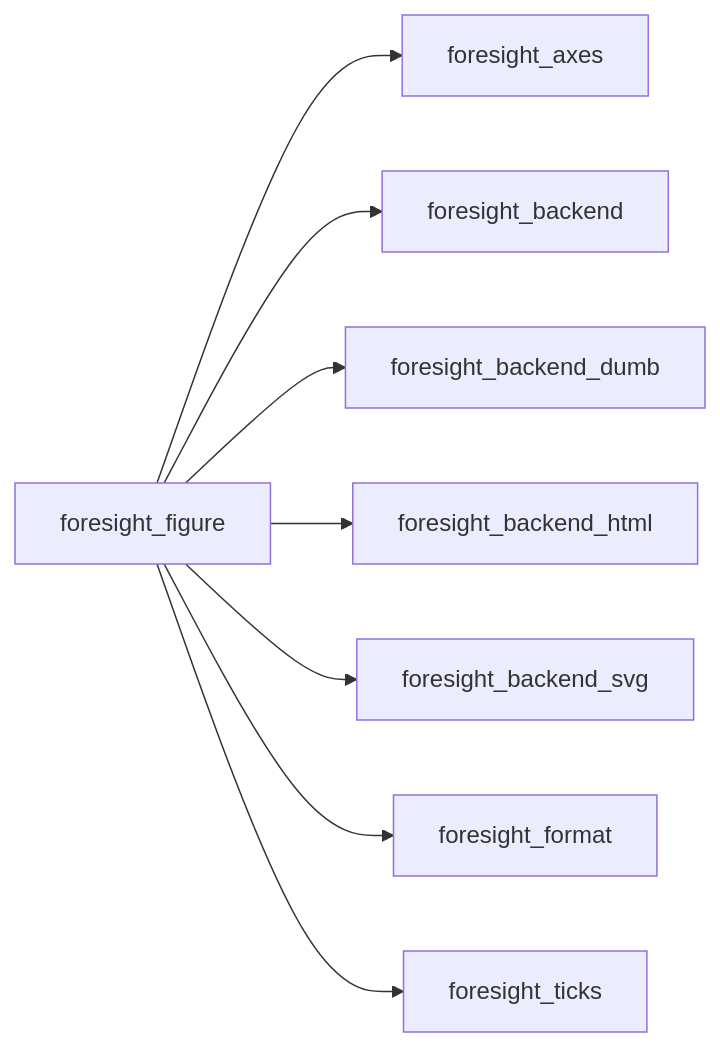
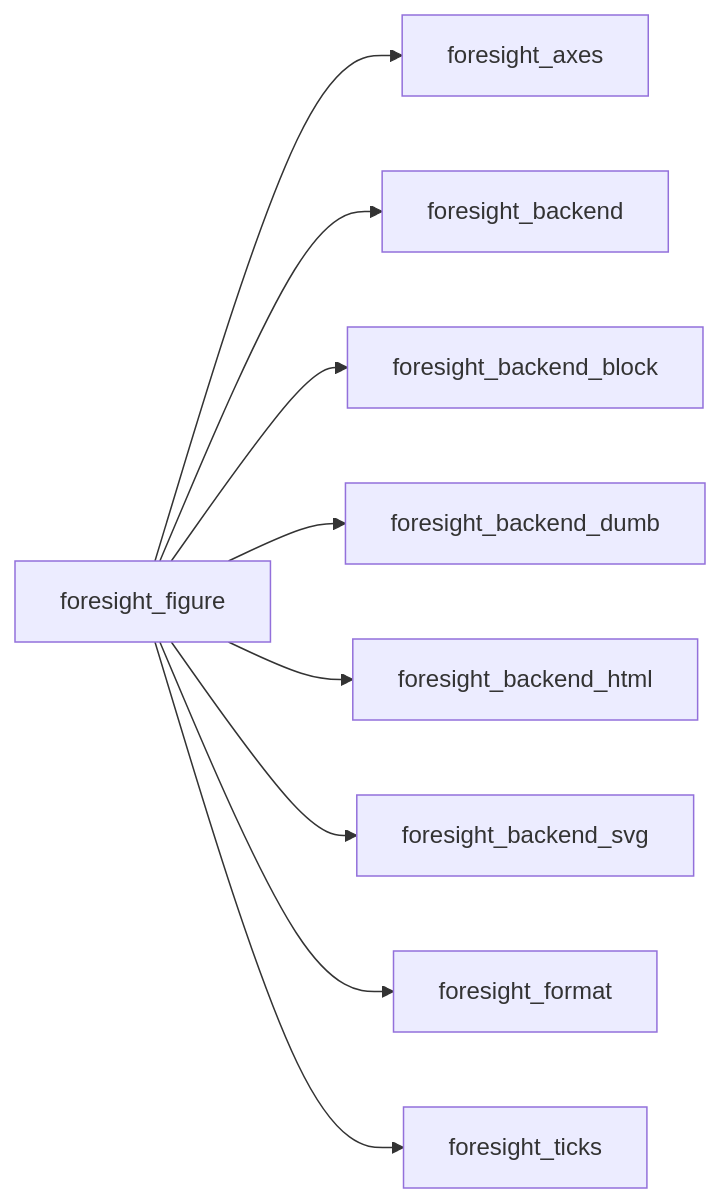
The first of 35 diagrams in docs/api/src/lib/foresight_figure.md (szaghi/foresight), drawn with Mermaid before and after one commit. The commit also changed other lines of this file and 97 other files, not shown here.

````diff
--- a/docs/api/src/lib/foresight_figure.md
+++ b/docs/api/src/lib/foresight_figure.md
@@ -26,10 +26,11 @@
 ```mermaid
 graph LR
   foresight_figure["foresight_figure"] --> foresight_axes["foresight_axes"]
   foresight_figure["foresight_figure"] --> foresight_backend["foresight_backend"]
+  foresight_figure["foresight_figure"] --> foresight_backend_block["foresight_backend_block"]
   foresight_figure["foresight_figure"] --> foresight_backend_dumb["foresight_backend_dumb"]
   foresight_figure["foresight_figure"] --> foresight_backend_html["foresight_backend_html"]
   foresight_figure["foresight_figure"] --> foresight_backend_svg["foresight_backend_svg"]
   foresight_figure["foresight_figure"] --> foresight_format["foresight_format"]
   foresight_figure["foresight_figure"] --> foresight_ticks["foresight_ticks"]
 ```
````
